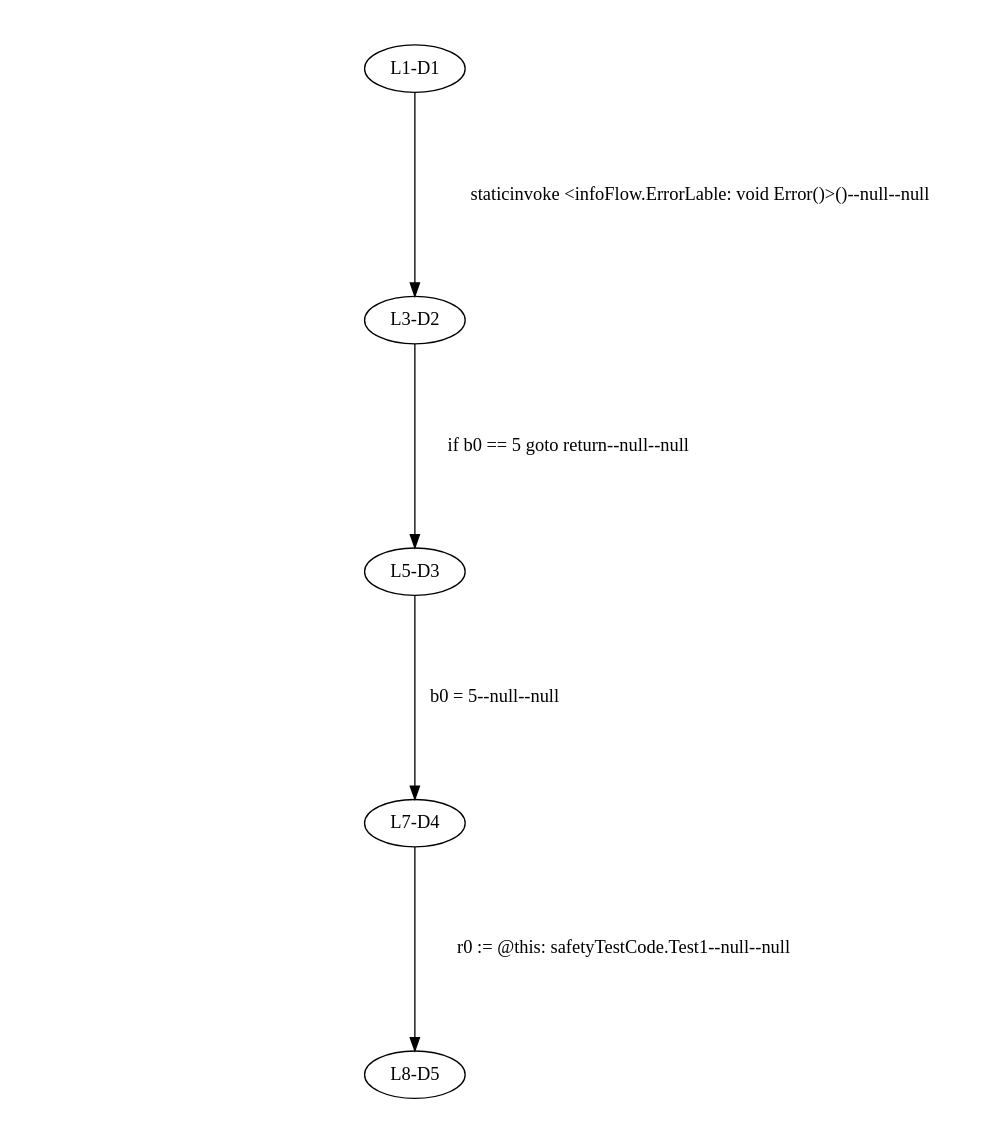
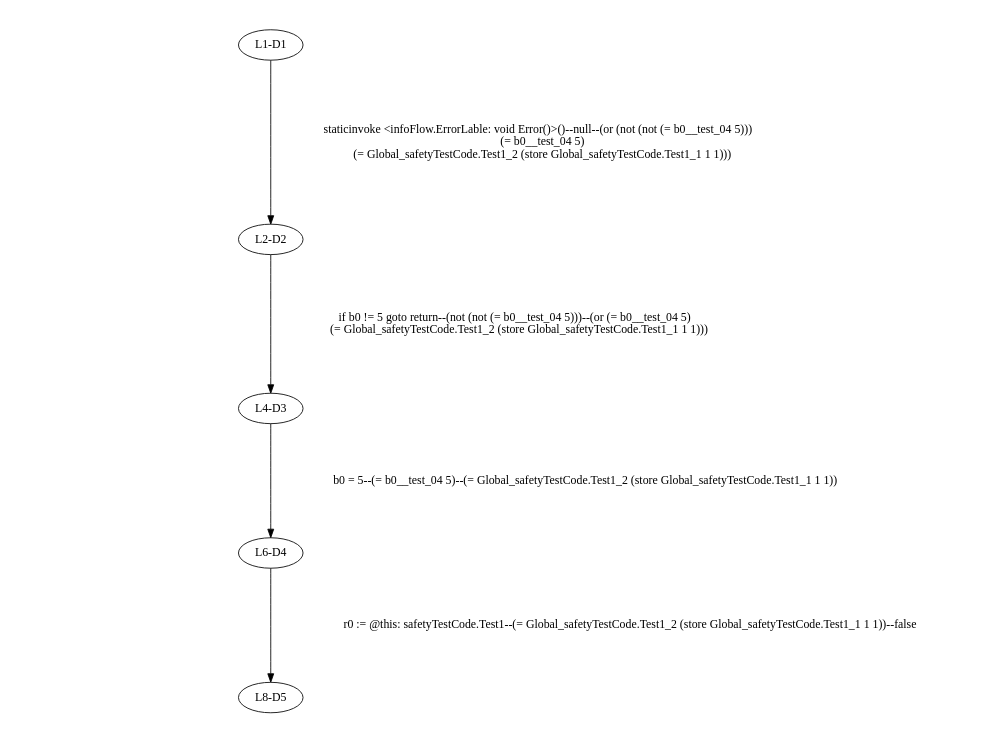
The diagram in SafetyChecker2/_error1.dot (gt-wunderhorn/gt-wunderhorn), drawn with Graphviz before and after one commit. The commit also changed 30 other files, not shown here.

```diff
--- a/SafetyChecker2/_error1.dot
+++ b/SafetyChecker2/_error1.dot
@@ -1,9 +1,12 @@
 digraph { 
 	ratio="fill";
 	size="8.3,11.7!";
 	margin=0;
-	"L1-D1" -> "L3-D2"[label="staticinvoke <infoFlow.ErrorLable: void Error()>()--null--null"];
-	"L3-D2" -> "L5-D3"[label="if b0 == 5 goto return--null--null"];
-	"L5-D3" -> "L7-D4"[label="b0 = 5--null--null"];
-	"L7-D4" -> "L8-D5"[label="r0 := @this: safetyTestCode.Test1--null--null"];
+	"L1-D1" -> "L2-D2"[label="staticinvoke <infoFlow.ErrorLable: void Error()>()--null--(or (not (not (= b0__test_04 5)))
+    (= b0__test_04 5)
+    (= Global_safetyTestCode.Test1_2 (store Global_safetyTestCode.Test1_1 1 1)))"];
+	"L2-D2" -> "L4-D3"[label="if b0 != 5 goto return--(not (not (= b0__test_04 5)))--(or (= b0__test_04 5)
+    (= Global_safetyTestCode.Test1_2 (store Global_safetyTestCode.Test1_1 1 1)))"];
+	"L4-D3" -> "L6-D4"[label="b0 = 5--(= b0__test_04 5)--(= Global_safetyTestCode.Test1_2 (store Global_safetyTestCode.Test1_1 1 1))"];
+	"L6-D4" -> "L8-D5"[label="r0 := @this: safetyTestCode.Test1--(= Global_safetyTestCode.Test1_2 (store Global_safetyTestCode.Test1_1 1 1))--false"];
 }
```
